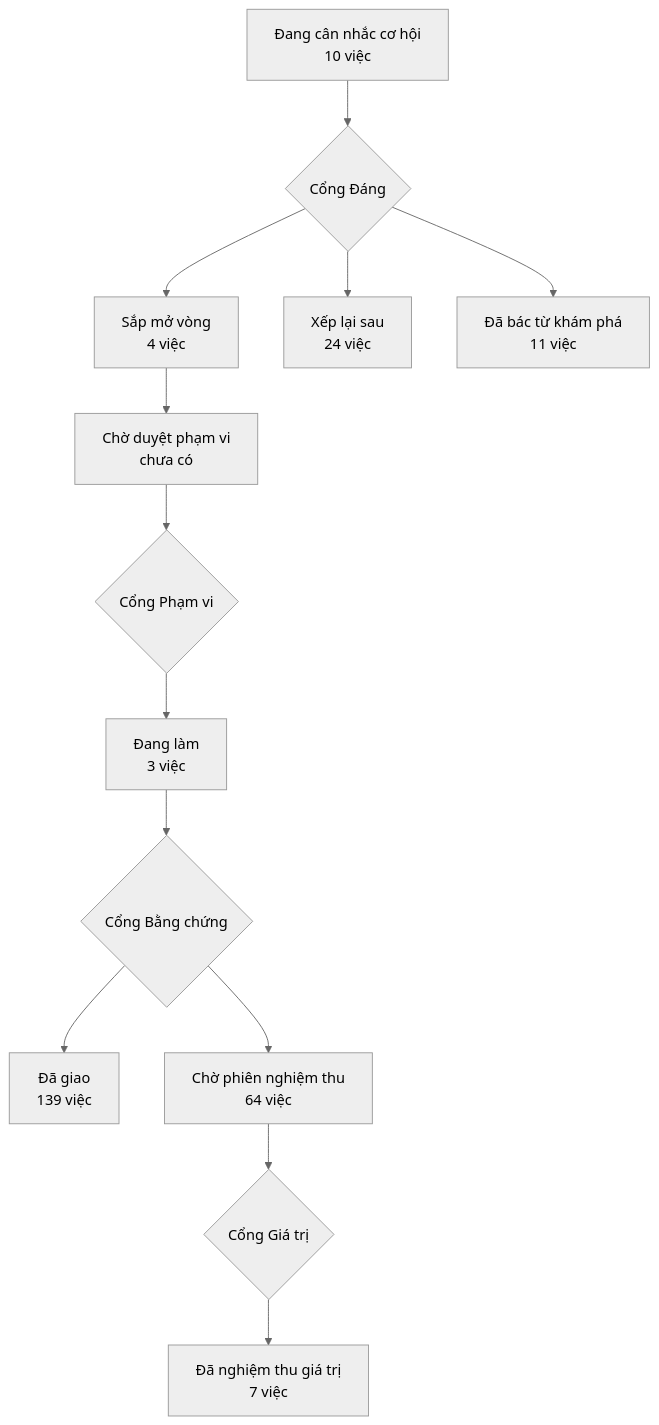
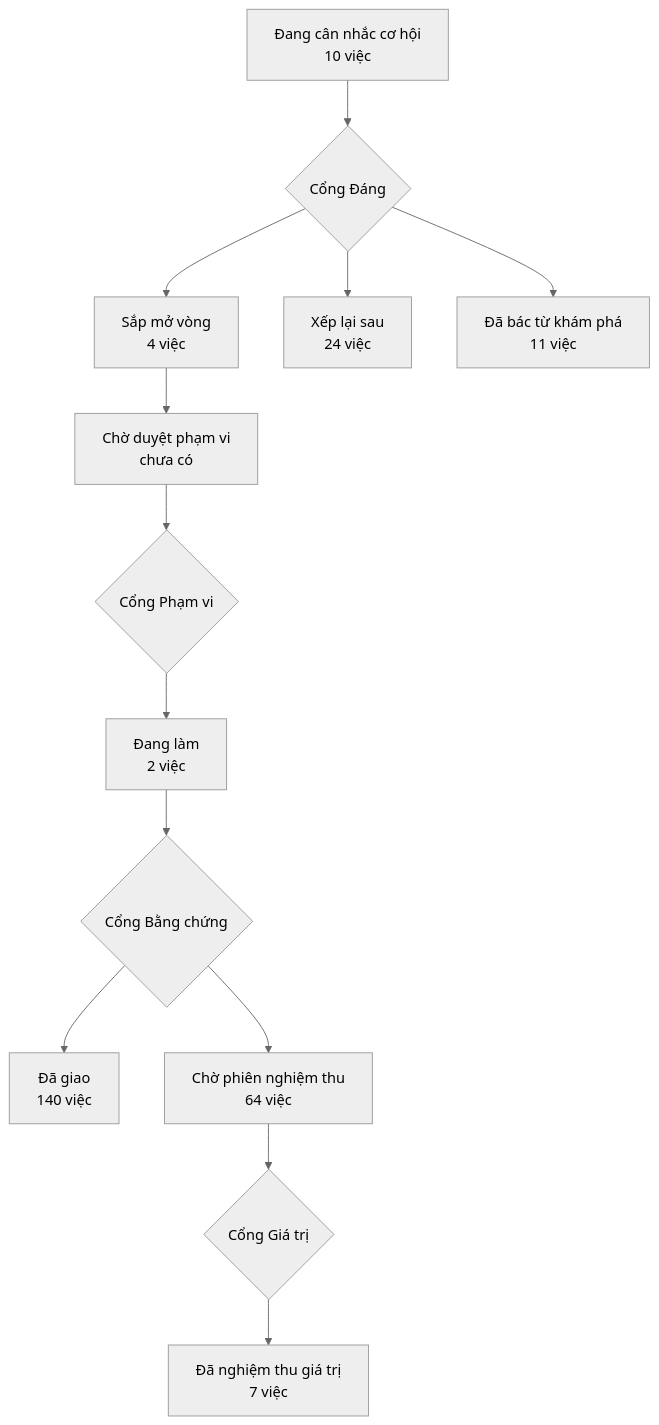
Before and after one commit to phanlemanh/acceptance-gate-kit: the diagram in PRODUCT-MAP.md, drawn with Mermaid (neutral theme). The commit also changed other lines of this file and 7 other files, not shown here.

````diff
--- a/PRODUCT-MAP.md
+++ b/PRODUCT-MAP.md
@@ -7,12 +7,12 @@
 ```mermaid
 flowchart TD
   A["Đang cân nhắc cơ hội<br/>10 việc"] --> GD{"Cổng Đáng"}
   GD --> B["Sắp mở vòng<br/>4 việc"]
   GD --> XL["Xếp lại sau<br/>24 việc"]
   GD --> DB["Đã bác từ khám phá<br/>11 việc"]
   B --> CD["Chờ duyệt phạm vi<br/>chưa có"] --> GP{"Cổng Phạm vi"}
-  GP --> DL["Đang làm<br/>3 việc"] --> GB{"Cổng Bằng chứng"}
-  GB --> DG["Đã giao<br/>139 việc"]
+  GP --> DL["Đang làm<br/>2 việc"] --> GB{"Cổng Bằng chứng"}
+  GB --> DG["Đã giao<br/>140 việc"]
   GB --> CN["Chờ phiên nghiệm thu<br/>64 việc"] --> GG{"Cổng Giá trị"}
   GG --> NT["Đã nghiệm thu giá trị<br/>7 việc"]
 ```
````
